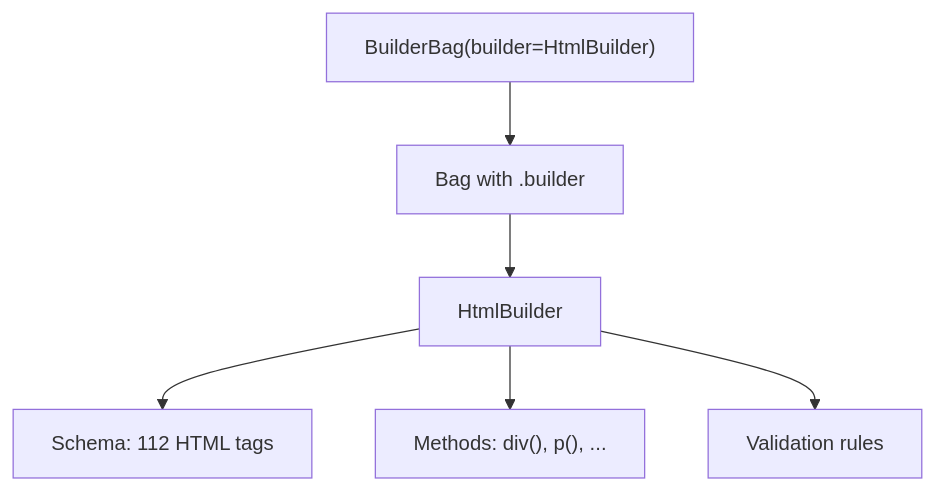
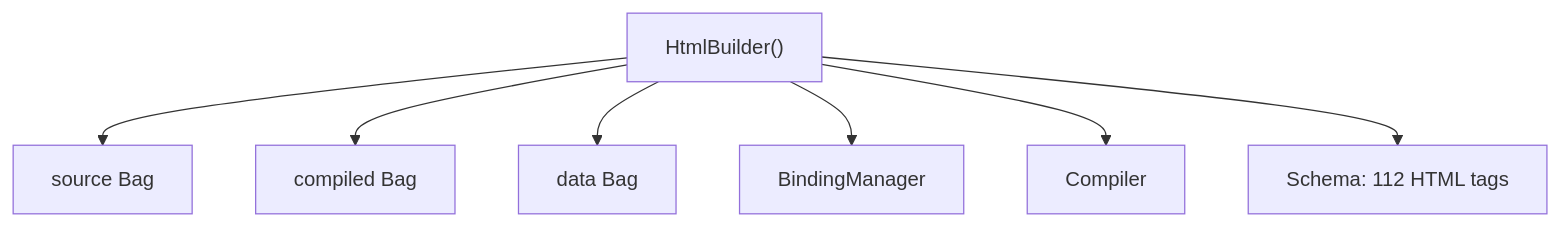
Before and after one commit to genropy/genro-builders: the first of 3 diagrams in docs/builders/architecture.md, drawn with Mermaid. The commit also changed other lines of this file and 9 other files, not shown here.

````diff
--- a/docs/builders/architecture.md
+++ b/docs/builders/architecture.md
@@ -5,8 +5,9 @@
 ```{mermaid}
 flowchart TB
-    A["BuilderBag(builder=HtmlBuilder)"] --> B[Bag with .builder]
-    B --> C[HtmlBuilder]
-    C --> D[Schema: 112 HTML tags]
-    C --> E["Methods: div(), p(), ..."]
-    C --> F[Validation rules]
+    A["HtmlBuilder()"] --> B[source Bag]
+    A --> C[compiled Bag]
+    A --> D[data Bag]
+    A --> E[BindingManager]
+    A --> F[Compiler]
+    A --> G[Schema: 112 HTML tags]
 ```
````
